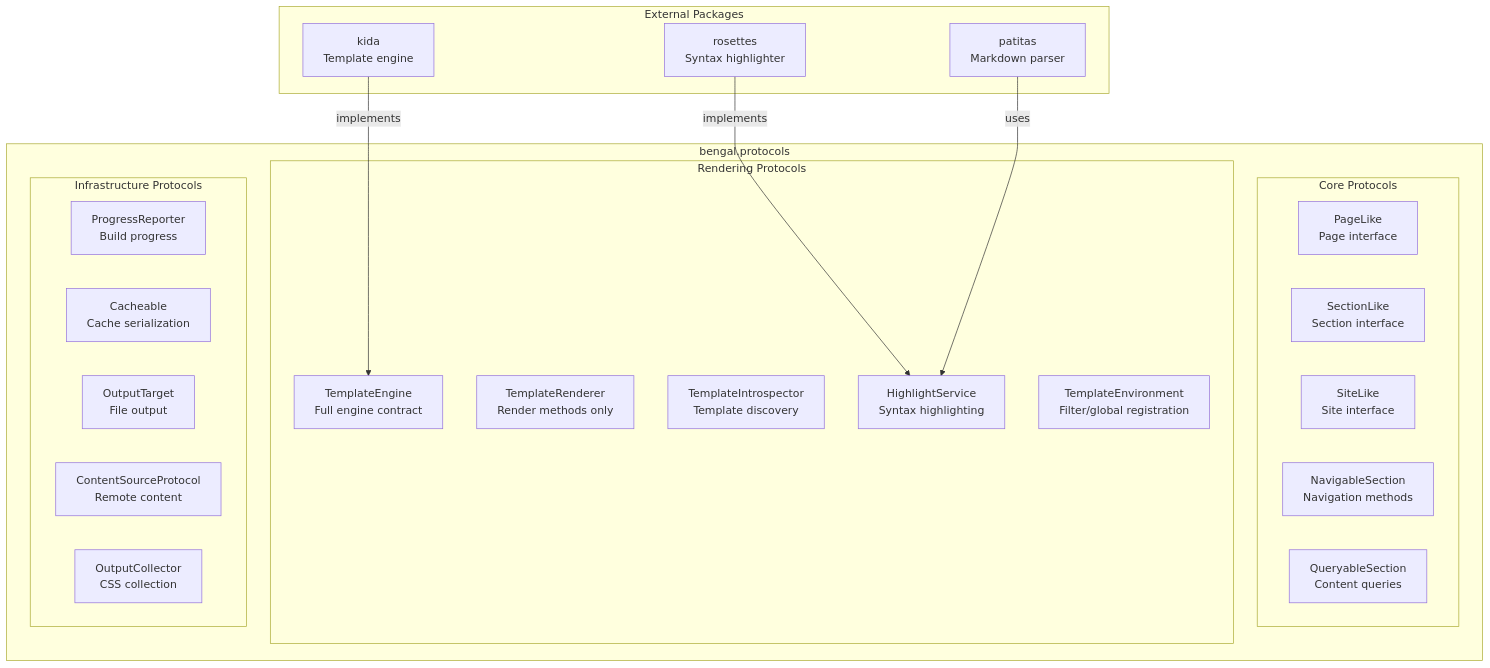
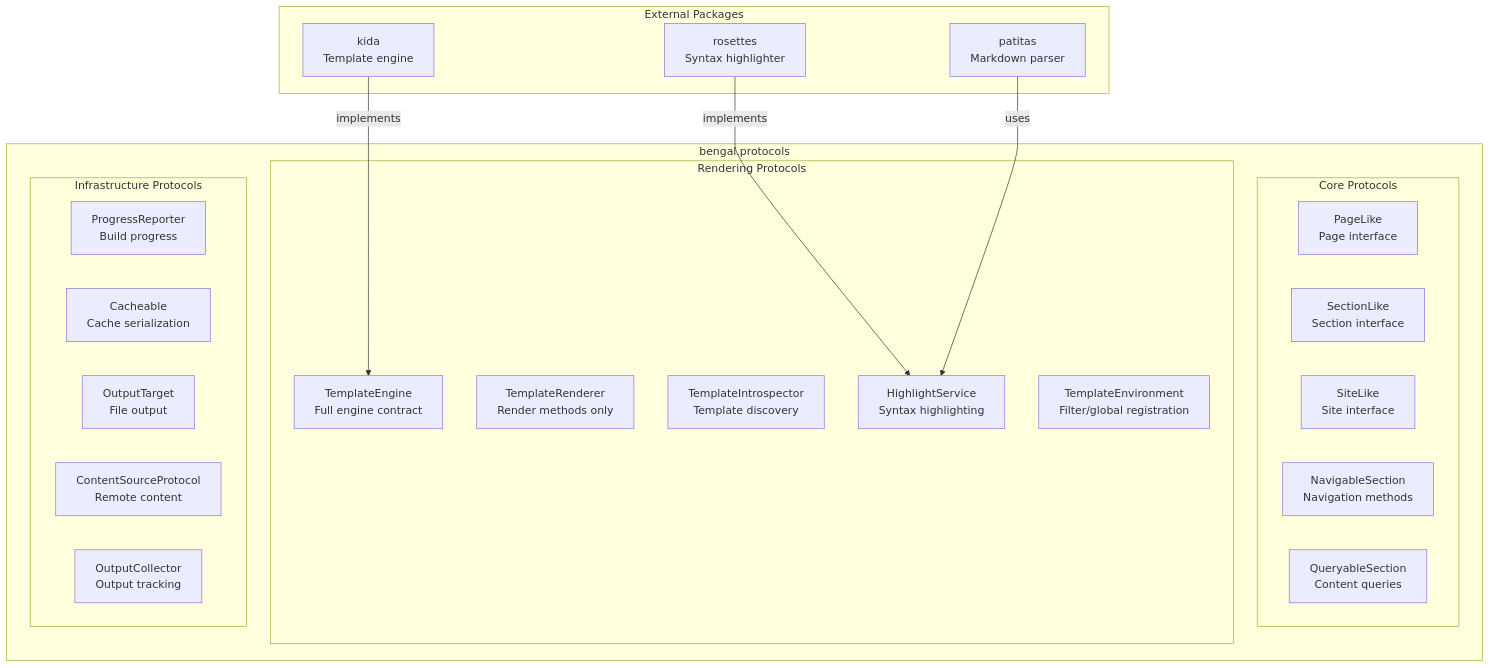
One commit to lbliii/bengal changed the diagram in site/content/docs/reference/architecture/meta/protocols.md. Above: the diagram before and after it, drawn with Mermaid. The commit also changed 4 other files, not shown here.

````diff
--- a/site/content/docs/reference/architecture/meta/protocols.md
+++ b/site/content/docs/reference/architecture/meta/protocols.md
@@ -29,38 +29,38 @@
 ```mermaid
 graph TB
     subgraph "bengal.protocols"
         subgraph "Core Protocols"
             PageLike["PageLike<br/>Page interface"]
             SectionLike["SectionLike<br/>Section interface"]
             SiteLike["SiteLike<br/>Site interface"]
             NavigableSection["NavigableSection<br/>Navigation methods"]
             QueryableSection["QueryableSection<br/>Content queries"]
         end
         
         subgraph "Rendering Protocols"
             TemplateEngine["TemplateEngine<br/>Full engine contract"]
             TemplateRenderer["TemplateRenderer<br/>Render methods only"]
             TemplateIntrospector["TemplateIntrospector<br/>Template discovery"]
             HighlightService["HighlightService<br/>Syntax highlighting"]
             TemplateEnvironment["TemplateEnvironment<br/>Filter/global registration"]
         end
         
         subgraph "Infrastructure Protocols"
             ProgressReporter["ProgressReporter<br/>Build progress"]
             Cacheable["Cacheable<br/>Cache serialization"]
             OutputTarget["OutputTarget<br/>File output"]
             ContentSourceProtocol["ContentSourceProtocol<br/>Remote content"]
-            OutputCollector["OutputCollector<br/>CSS collection"]
+            OutputCollector["OutputCollector<br/>Output tracking"]
         end
     end
     
     subgraph "External Packages"
         Rosettes["rosettes<br/>Syntax highlighter"]
         Kida["kida<br/>Template engine"]
         Patitas["patitas<br/>Markdown parser"]
     end
     
     Rosettes -->|"implements"| HighlightService
     Kida -->|"implements"| TemplateEngine
     Patitas -->|"uses"| HighlightService
 ```
````
